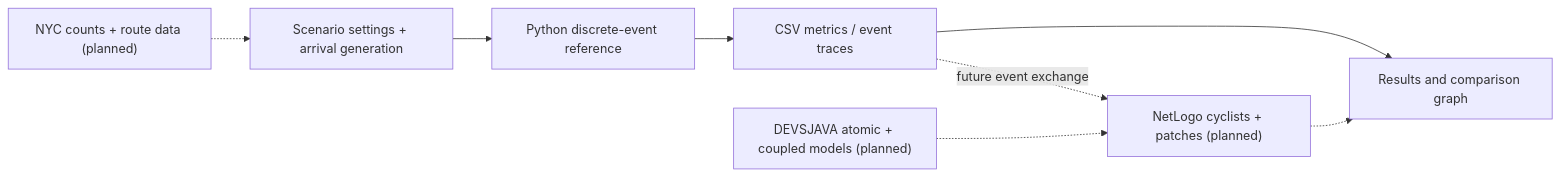
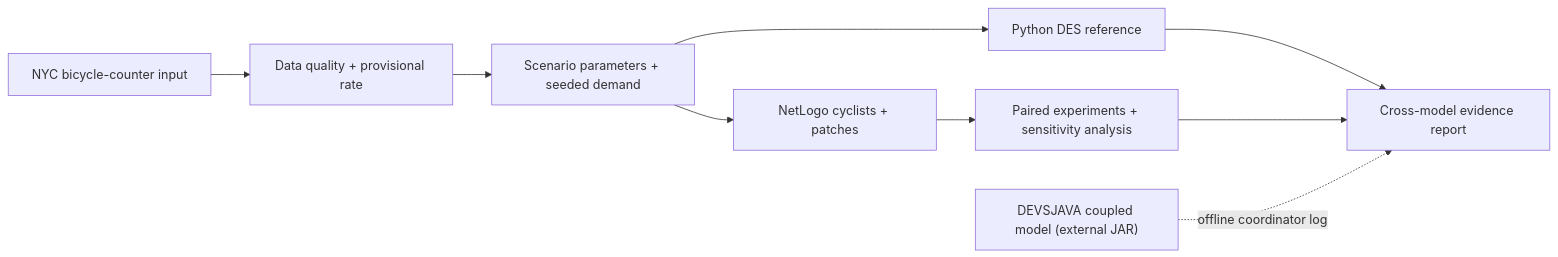
The diagram in README.md (rainrunner20/Cyclistics-CSC-754-Final-Project), drawn with Mermaid before and after one commit. The commit also changed other lines of this file and 78 other files, not shown here.

First line of the commit message:
feat(integration): combine Python DES, DEVSJAVA, NetLogo, and NYC data workflows (#5)

````diff
--- a/README.md
+++ b/README.md
@@ -62,10 +62,11 @@
 ```mermaid
 flowchart LR
-    A["Scenario settings + arrival generation"] --> B["Python discrete-event reference"]
-    B --> C["CSV metrics / event traces"]
-    C --> D["Results and comparison graph"]
-    E["NYC counts + route data (planned)"] -.-> A
-    F["DEVSJAVA atomic + coupled models (planned)"] -.-> G["NetLogo cyclists + patches (planned)"]
-    C -. "future event exchange" .-> G
-    G -.-> D
+    A["Scenario parameters + seeded demand"] --> B["Python DES reference"]
+    A --> C["NetLogo cyclists + patches"]
+    D["NYC bicycle-counter input"] --> E["Data quality + provisional rate"]
+    E --> A
+    B --> F["Cross-model evidence report"]
+    C --> G["Paired experiments + sensitivity analysis"]
+    G --> F
+    H["DEVSJAVA coupled model (external JAR)"] -. "offline coordinator log" .-> F
 ```
````
